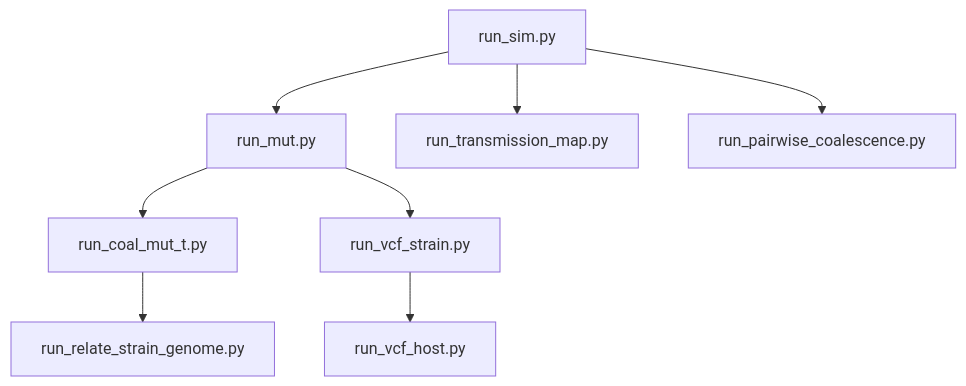
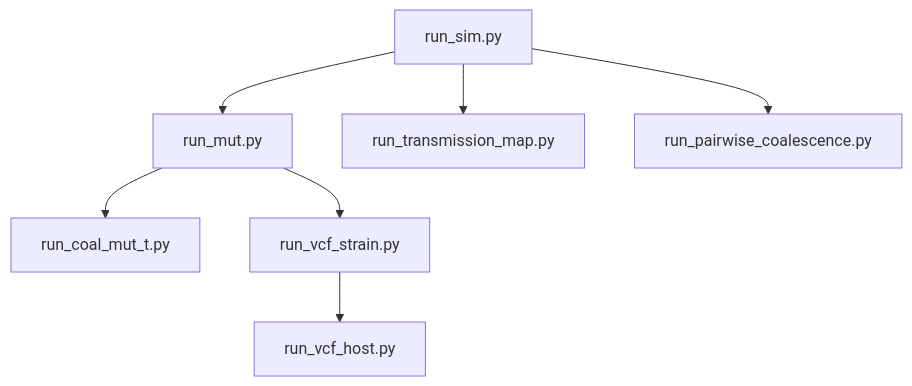
The diagram in README.md (mrc-ide/KR_simulator), drawn with Mermaid before and after one commit. The commit also changed other lines of this file, not shown here.

````diff
--- a/README.md
+++ b/README.md
@@ -43,19 +43,17 @@
 ```mermaid
 graph TD
     sim["run_sim.py"]
     mut["run_mut.py"]
     tmap["run_transmission_map.py"]
     pairwise["run_pairwise_coalescence.py"]
     coal["run_coal_mut_t.py"]
-    relate["run_relate_strain_genome.py"]
     vcfs["run_vcf_strain.py"]
     vcfh["run_vcf_host.py"]
 
     sim --> mut
     sim --> tmap
     sim --> pairwise
     mut --> coal
     mut --> vcfs
-    coal --> relate
     vcfs --> vcfh
 ```
````
